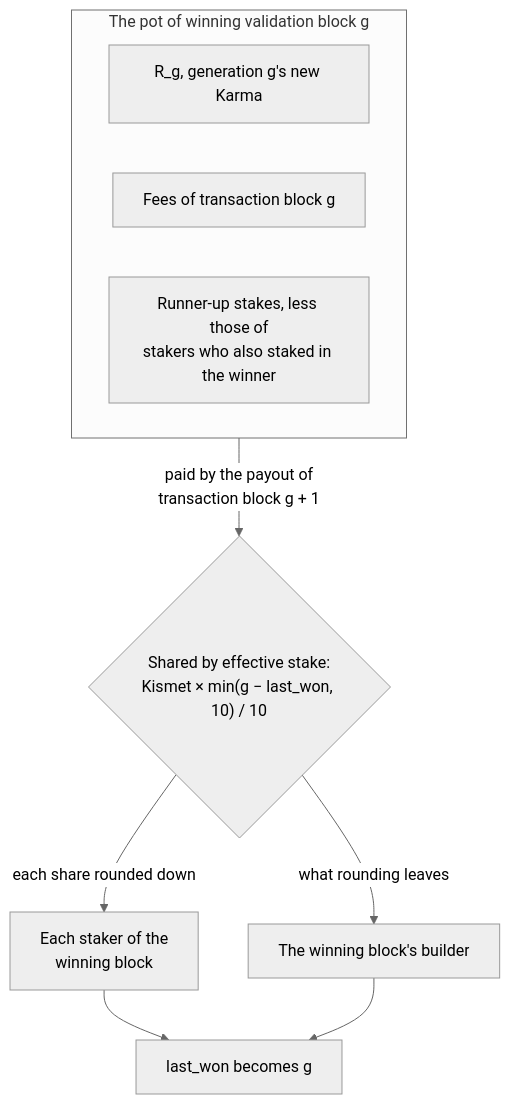
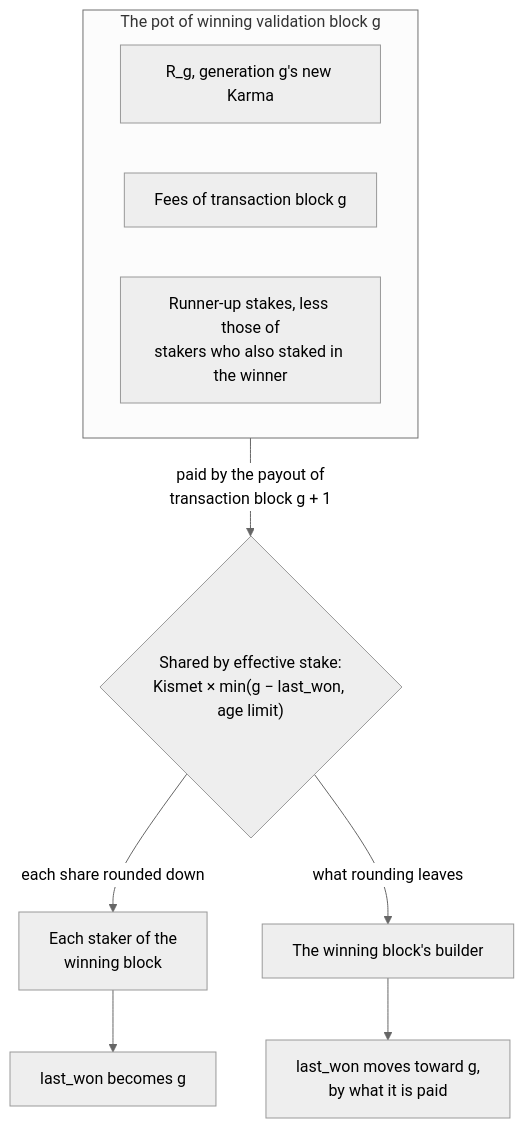
Before and after one commit to marcpage/libranet: the fifth of 5 diagrams in docs/specs/KarmaLedger.md, drawn with Mermaid (neutral theme). The commit also changed other lines of this file and 42 other files, not shown here.

````diff
--- a/docs/specs/KarmaLedger.md
+++ b/docs/specs/KarmaLedger.md
@@ -1014,13 +1095,13 @@
 ```mermaid
 flowchart TD
     subgraph pot["The pot of winning validation block g"]
         rg["R_g, generation g's new Karma"]
         fees["Fees of transaction block g"]
         ru["Runner-up stakes, less those of<br/>stakers who also staked in the winner"]
     end
-    pot -->|"paid by the payout of<br/>transaction block g + 1"| split{"Shared by effective stake:<br/>Kismet × min(g − last_won, 10) / 10"}
+    pot -->|"paid by the payout of<br/>transaction block g + 1"| split{"Shared by effective stake:<br/>Kismet × min(g − last_won, age limit)"}
     split -->|"each share rounded down"| stakers["Each staker of the<br/>winning block"]
     split -->|"what rounding leaves"| builder["The winning block's builder"]
     stakers --> won["last_won becomes g"]
-    builder --> won
+    builder --> received["last_won moves toward g,<br/>by what it is paid"]
 ```
````
